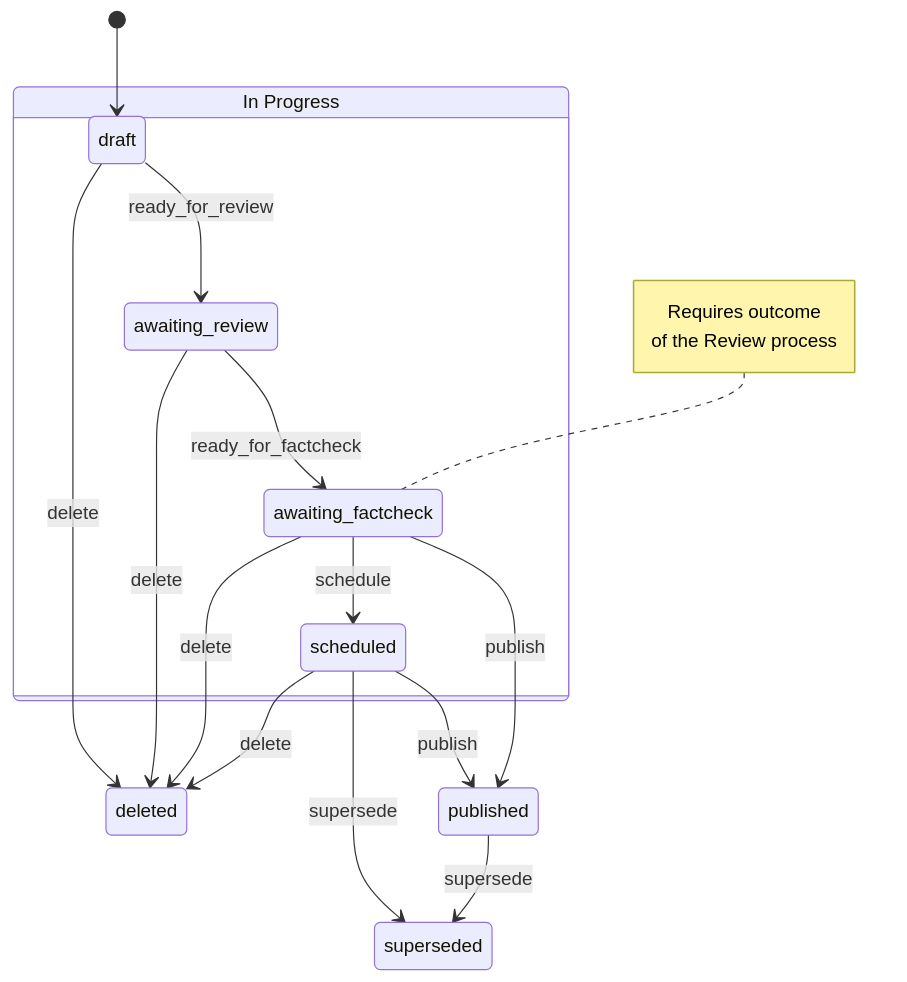
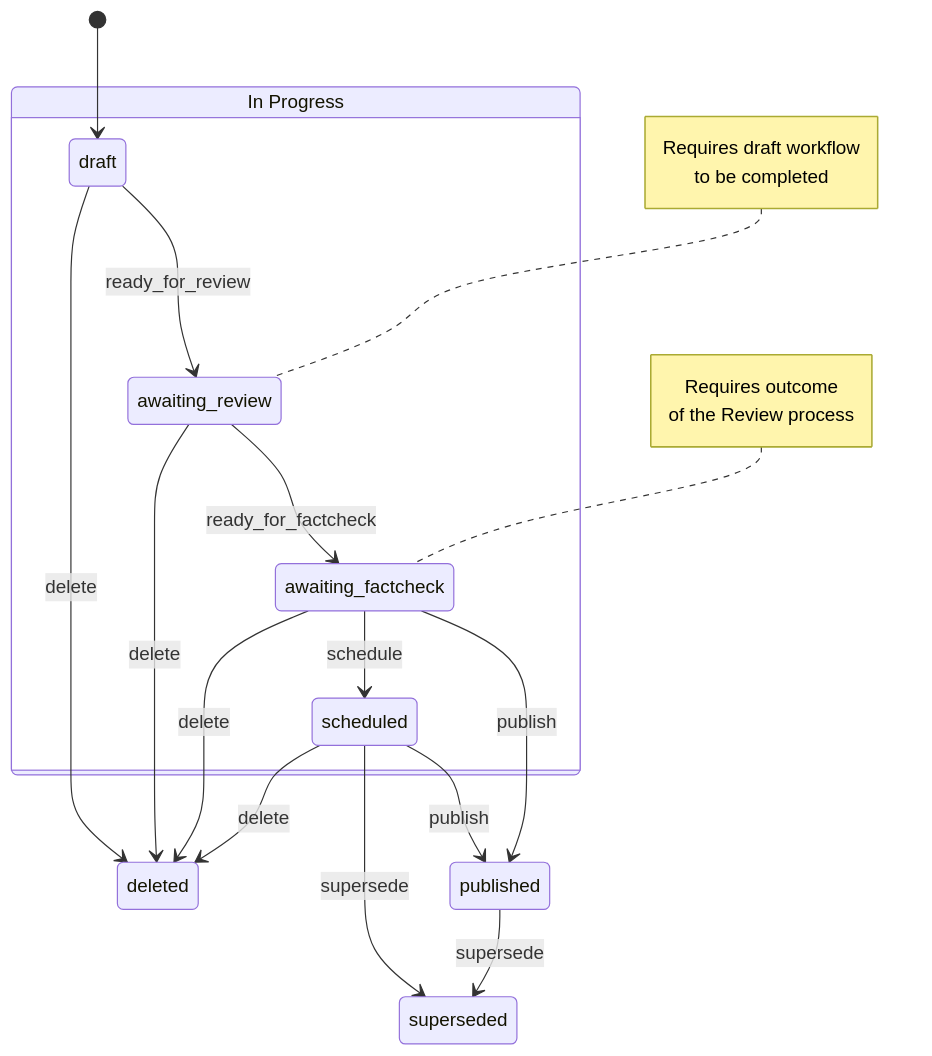
Before and after one commit to alphagov/content-block-manager: the diagram in docs/edition_states.md, drawn with Mermaid.

Commit message:
Add note to state diagram to show guard on transition

````diff
--- a/docs/edition_states.md
+++ b/docs/edition_states.md
@@ -5,25 +5,28 @@
 ```mermaid
 stateDiagram-v2
     [*] --> draft
 
     draft --> deleted: delete
     awaiting_review --> deleted: delete
     awaiting_factcheck --> deleted: delete
     scheduled --> deleted: delete
 
     InProgress:In Progress
     state InProgress {
         draft --> awaiting_review: ready_for_review
+        note left of awaiting_review
+            Requires draft workflow<br>to be completed
+        end note
         awaiting_review --> awaiting_factcheck: ready_for_factcheck
         note left of awaiting_factcheck
             Requires outcome<br>of the Review process
         end note
         awaiting_factcheck --> scheduled: schedule
     }
 
     scheduled --> superseded: supersede
     published --> superseded: supersede
 
     scheduled --> published: publish
     awaiting_factcheck --> published: publish
 ```
````
